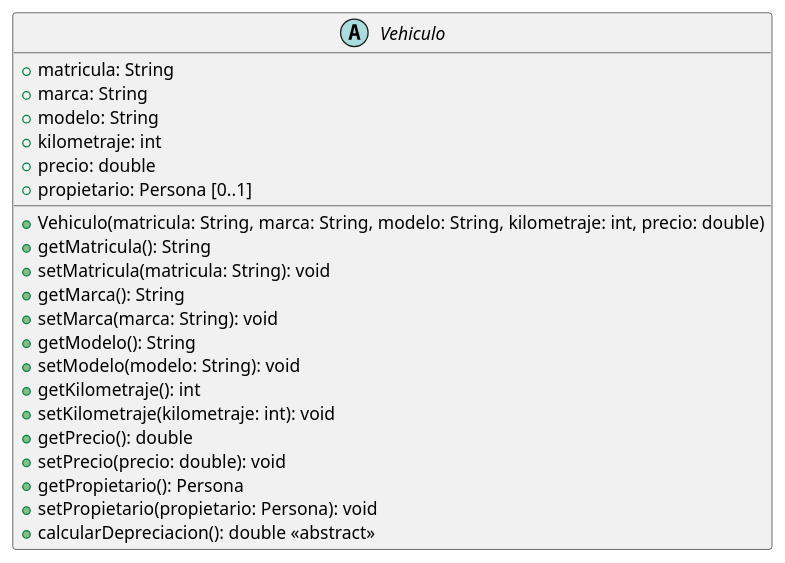
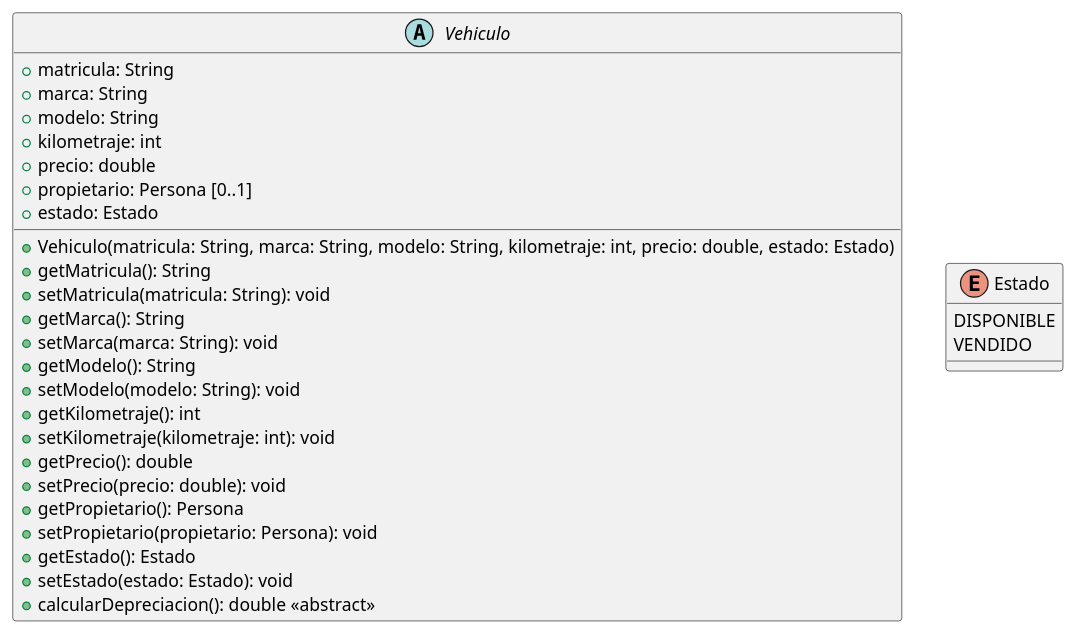
Before and after one commit to crobles98/UT5_ED_Prog: the diagram in uml/Vehiculo.puml, drawn with PlantUML.

Commit message:
Añadir atributo estado
Añadir atributo estado y enum correspondiente

```diff
--- a/uml/Vehiculo.puml
+++ b/uml/Vehiculo.puml
@@ -1,24 +1,32 @@
 @startuml
 abstract class Vehiculo {
   + matricula: String
   + marca: String
   + modelo: String
   + kilometraje: int
   + precio: double
   + propietario: Persona [0..1]
-  + Vehiculo(matricula: String, marca: String, modelo: String, kilometraje: int, precio: double)
+  + estado: Estado
+  + Vehiculo(matricula: String, marca: String, modelo: String, kilometraje: int, precio: double, estado: Estado)
   + getMatricula(): String
   + setMatricula(matricula: String): void
   + getMarca(): String
   + setMarca(marca: String): void
   + getModelo(): String
   + setModelo(modelo: String): void
   + getKilometraje(): int
   + setKilometraje(kilometraje: int): void
   + getPrecio(): double
   + setPrecio(precio: double): void
   + getPropietario(): Persona
   + setPropietario(propietario: Persona): void
+  + getEstado(): Estado
+  + setEstado(estado: Estado): void
   + calcularDepreciacion(): double <<abstract>>
 }
+
+enum Estado {
+  DISPONIBLE
+  VENDIDO
+}
 @enduml
```
